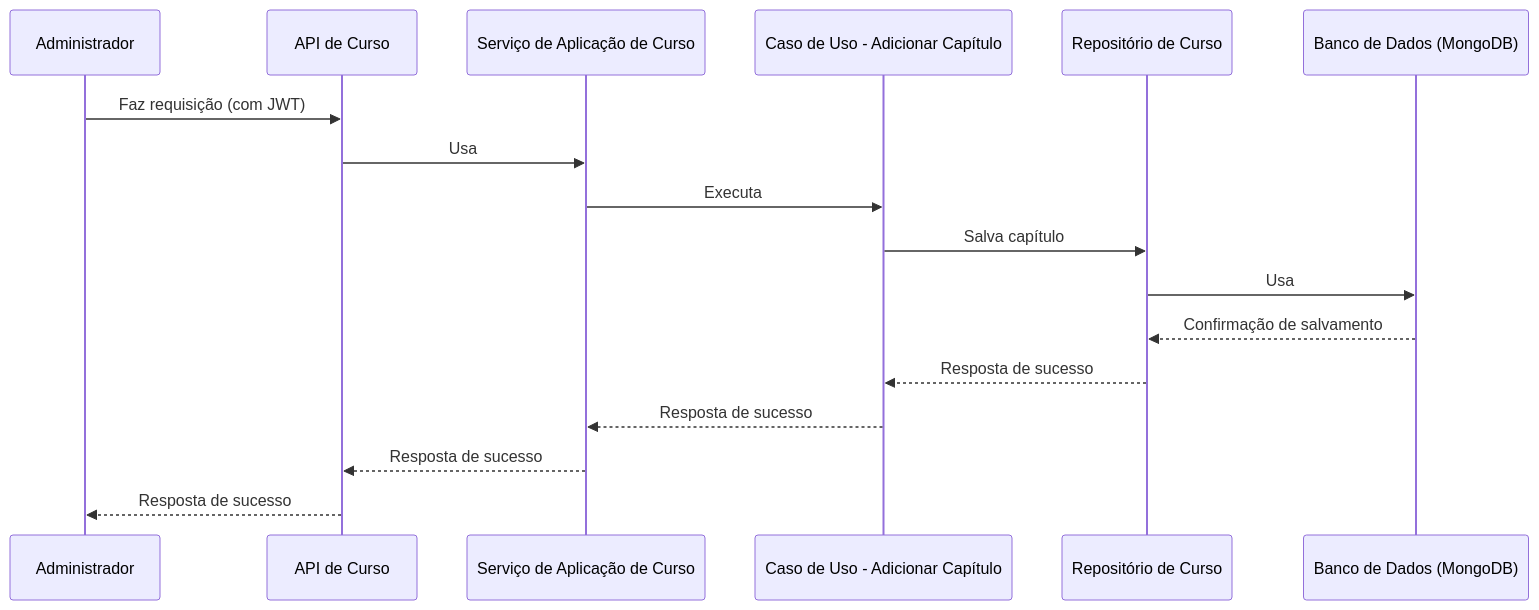
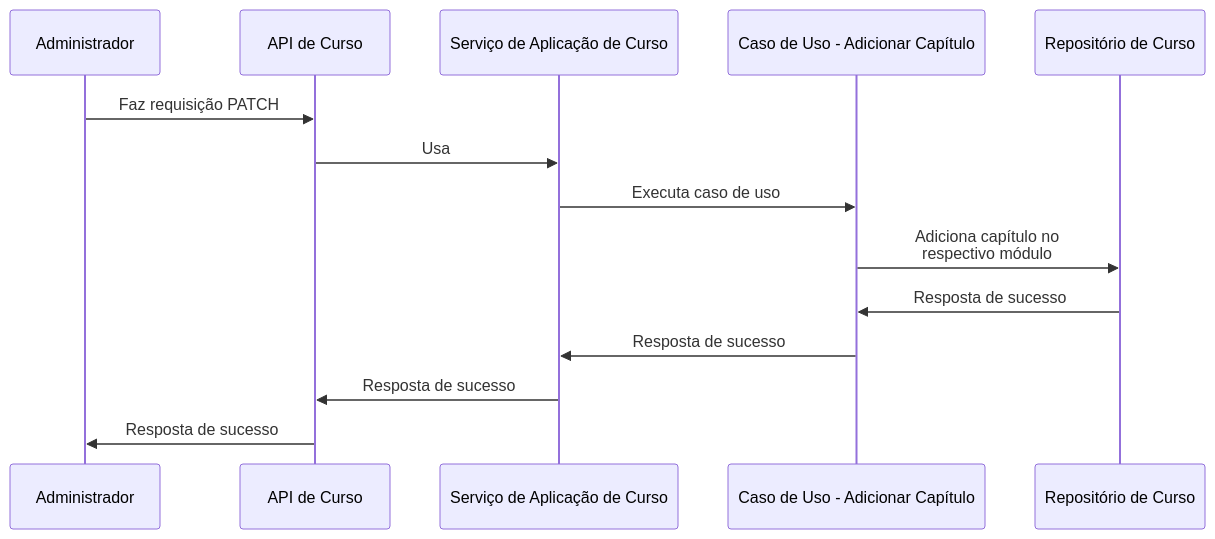
Before and after one commit to Open-3A/3A-c4-model: the sixth of 8 diagrams in C3 Components/Back-end/Módulo de curso/README.md, drawn with Mermaid. The commit also changed other lines of this file, not shown here.

Commit message:
refactor(C3): change execution flow of course module

````diff
--- a/C3 Components/Back-end/Módulo de curso/README.md
+++ b/C3 Components/Back-end/Módulo de curso/README.md
@@ -124,20 +115,17 @@
 ```mermaid
 sequenceDiagram
     participant admin as Administrador
     participant course_api as API de Curso
     participant course_service as Serviço de Aplicação de Curso
     participant add_chapter_use_case as Caso de Uso - Adicionar Capítulo
     participant course_repository as Repositório de Curso
-    participant db as Banco de Dados (MongoDB)
 
-    admin->>course_api: Faz requisição (com JWT)
+    admin->>course_api: Faz requisição PATCH
     course_api->>course_service: Usa
-    course_service->>add_chapter_use_case: Executa
-    add_chapter_use_case->>course_repository: Salva capítulo
-    course_repository->>db: Usa
-    db-->>course_repository: Confirmação de salvamento
-    course_repository-->>add_chapter_use_case: Resposta de sucesso
-    add_chapter_use_case-->>course_service: Resposta de sucesso
-    course_service-->>course_api: Resposta de sucesso
-    course_api-->>admin: Resposta de sucesso
+    course_service->>add_chapter_use_case: Executa caso de uso
+    add_chapter_use_case->>course_repository: Adiciona capítulo no <br/> respectivo módulo
+    course_repository->>add_chapter_use_case: Resposta de sucesso
+    add_chapter_use_case->>course_service: Resposta de sucesso
+    course_service->>course_api: Resposta de sucesso
+    course_api->>admin: Resposta de sucesso
 ```
````
